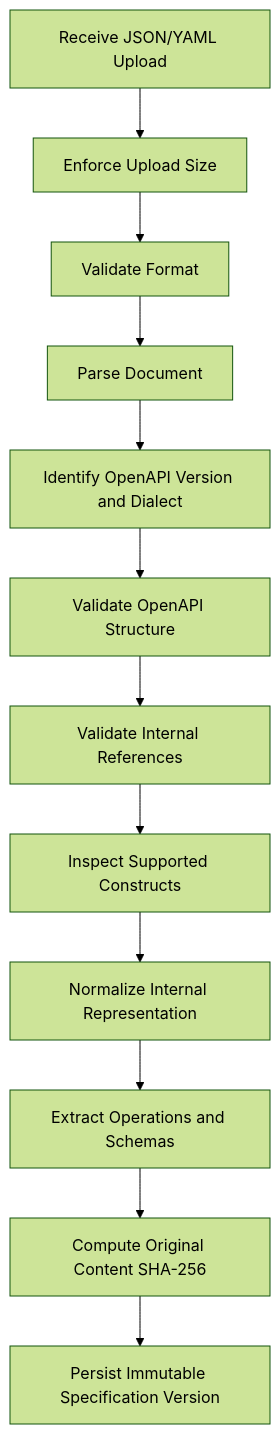
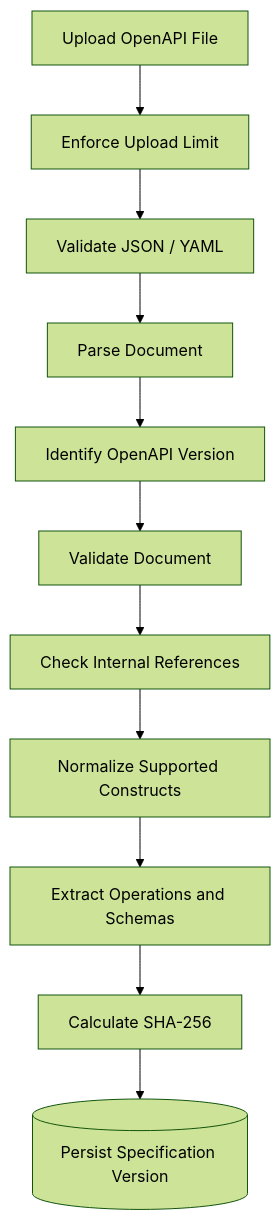
One commit to Swayam-Aggarwal/ContractGuard changed the fifth of 8 diagrams in docs/Architecture.md. Above: the diagram before and after it, drawn with Mermaid (forest theme). The commit also changed other lines of this file and 32 other files, not shown here.

````diff
--- a/docs/Architecture.md
+++ b/docs/Architecture.md
@@ -440,27 +520,25 @@
 ```mermaid
 flowchart TD
-    Upload["Receive JSON/YAML Upload"]
-    Limit["Enforce Upload Size"]
-    Format["Validate Format"]
-    Parse["Parse Document"]
-    Version["Identify OpenAPI Version and Dialect"]
-    Validate["Validate OpenAPI Structure"]
-    Refs["Validate Internal References"]
-    Support["Inspect Supported Constructs"]
-    Normalize["Normalize Internal Representation"]
-    Extract["Extract Operations and Schemas"]
-    Hash["Compute Original Content SHA-256"]
-    Persist["Persist Immutable Specification Version"]
+    UPLOAD["Upload OpenAPI File"]
+    SIZE["Enforce Upload Limit"]
+    FORMAT["Validate JSON / YAML"]
+    PARSE["Parse Document"]
+    VERSION["Identify OpenAPI Version"]
+    VALIDATE["Validate Document"]
+    REFERENCE["Check Internal References"]
+    NORMALIZE["Normalize Supported Constructs"]
+    OPERATIONS["Extract Operations and Schemas"]
+    HASH["Calculate SHA-256"]
+    STORE[("Persist Specification Version")]
 
-    Upload --> Limit
-    Limit --> Format
-    Format --> Parse
-    Parse --> Version
-    Version --> Validate
-    Validate --> Refs
-    Refs --> Support
-    Support --> Normalize
-    Normalize --> Extract
-    Extract --> Hash
-    Hash --> Persist
+    UPLOAD --> SIZE
+    SIZE --> FORMAT
+    FORMAT --> PARSE
+    PARSE --> VERSION
+    VERSION --> VALIDATE
+    VALIDATE --> REFERENCE
+    REFERENCE --> NORMALIZE
+    NORMALIZE --> OPERATIONS
+    OPERATIONS --> HASH
+    HASH --> STORE
 ```
````
